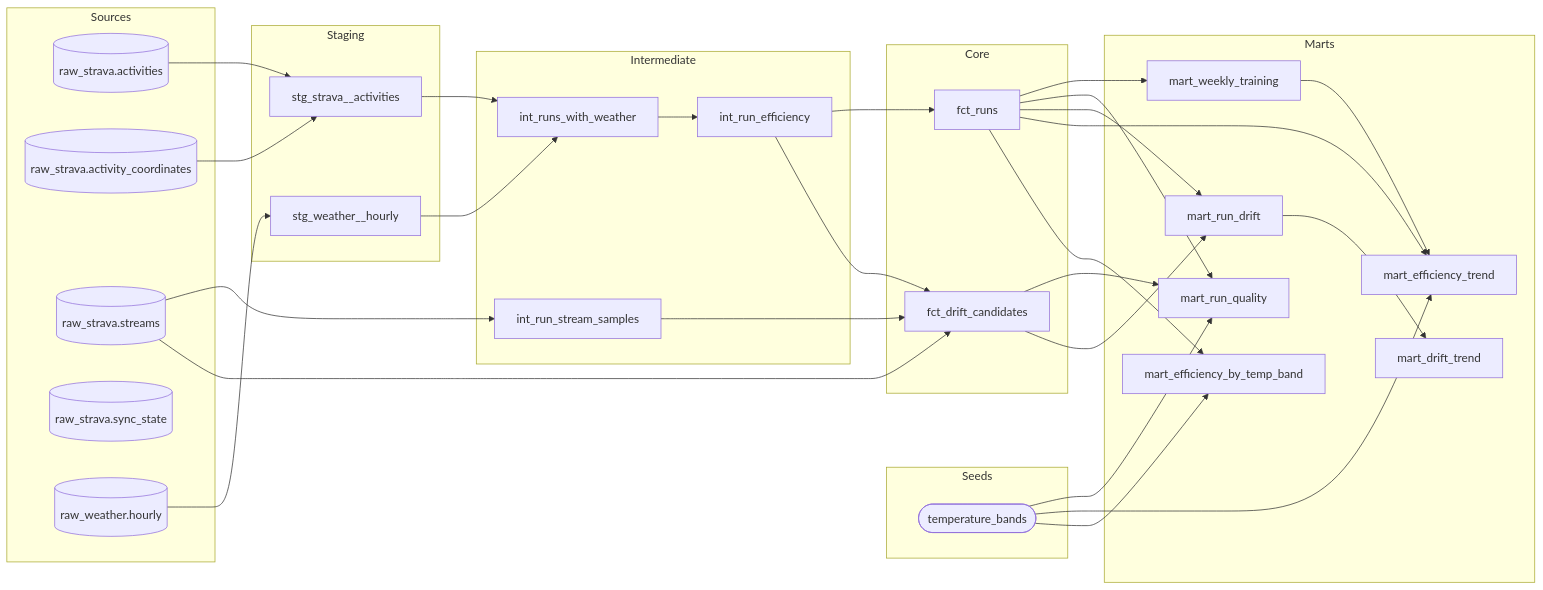
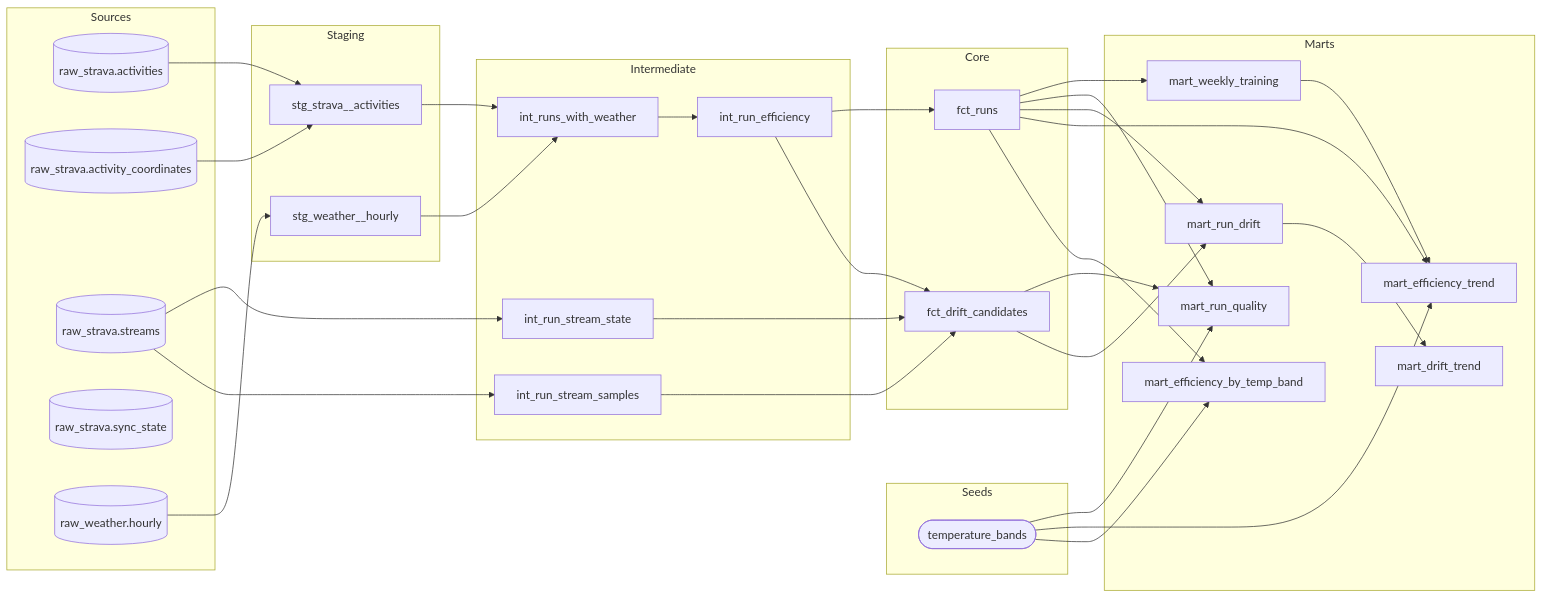
Before and after one commit to mowen18/running-analytics-pipeline: the diagram in README.md, drawn with Mermaid. The commit also changed 3 other files, not shown here.

First line of the commit message:
refactor(dbt): move the streams read into int_run_stream_state; guard green

````diff
--- a/README.md
+++ b/README.md
@@ -192,64 +192,66 @@
 ```mermaid
 flowchart LR
 
     subgraph sources["Sources"]
         source_running_analytics_raw_strava_activities[("raw_strava.activities")]
         source_running_analytics_raw_strava_activity_coordinates[("raw_strava.activity_coordinates")]
         source_running_analytics_raw_strava_streams[("raw_strava.streams")]
         source_running_analytics_raw_strava_sync_state[("raw_strava.sync_state")]
         source_running_analytics_raw_weather_hourly[("raw_weather.hourly")]
     end
 
     subgraph seeds["Seeds"]
         seed_running_analytics_temperature_bands(["temperature_bands"])
     end
 
     subgraph staging["Staging"]
         model_running_analytics_stg_strava__activities["stg_strava__activities"]
         model_running_analytics_stg_weather__hourly["stg_weather__hourly"]
     end
 
     subgraph intermediate["Intermediate"]
         model_running_analytics_int_run_efficiency["int_run_efficiency"]
         model_running_analytics_int_run_stream_samples["int_run_stream_samples"]
+        model_running_analytics_int_run_stream_state["int_run_stream_state"]
         model_running_analytics_int_runs_with_weather["int_runs_with_weather"]
     end
 
     subgraph core["Core"]
         model_running_analytics_fct_drift_candidates["fct_drift_candidates"]
         model_running_analytics_fct_runs["fct_runs"]
     end
 
     subgraph marts["Marts"]
         model_running_analytics_mart_drift_trend["mart_drift_trend"]
         model_running_analytics_mart_efficiency_by_temp_band["mart_efficiency_by_temp_band"]
         model_running_analytics_mart_efficiency_trend["mart_efficiency_trend"]
         model_running_analytics_mart_run_drift["mart_run_drift"]
         model_running_analytics_mart_run_quality["mart_run_quality"]
         model_running_analytics_mart_weekly_training["mart_weekly_training"]
     end
 
     model_running_analytics_fct_drift_candidates --> model_running_analytics_mart_run_drift
     model_running_analytics_fct_drift_candidates --> model_running_analytics_mart_run_quality
     model_running_analytics_fct_runs --> model_running_analytics_mart_efficiency_by_temp_band
     model_running_analytics_fct_runs --> model_running_analytics_mart_efficiency_trend
     model_running_analytics_fct_runs --> model_running_analytics_mart_run_drift
     model_running_analytics_fct_runs --> model_running_analytics_mart_run_quality
     model_running_analytics_fct_runs --> model_running_analytics_mart_weekly_training
     model_running_analytics_int_run_efficiency --> model_running_analytics_fct_drift_candidates
     model_running_analytics_int_run_efficiency --> model_running_analytics_fct_runs
     model_running_analytics_int_run_stream_samples --> model_running_analytics_fct_drift_candidates
+    model_running_analytics_int_run_stream_state --> model_running_analytics_fct_drift_candidates
     model_running_analytics_int_runs_with_weather --> model_running_analytics_int_run_efficiency
     model_running_analytics_mart_run_drift --> model_running_analytics_mart_drift_trend
     model_running_analytics_mart_weekly_training --> model_running_analytics_mart_efficiency_trend
     model_running_analytics_stg_strava__activities --> model_running_analytics_int_runs_with_weather
     model_running_analytics_stg_weather__hourly --> model_running_analytics_int_runs_with_weather
     seed_running_analytics_temperature_bands --> model_running_analytics_mart_efficiency_by_temp_band
     seed_running_analytics_temperature_bands --> model_running_analytics_mart_efficiency_trend
     seed_running_analytics_temperature_bands --> model_running_analytics_mart_run_quality
     source_running_analytics_raw_strava_activities --> model_running_analytics_stg_strava__activities
     source_running_analytics_raw_strava_activity_coordinates --> model_running_analytics_stg_strava__activities
-    source_running_analytics_raw_strava_streams --> model_running_analytics_fct_drift_candidates
     source_running_analytics_raw_strava_streams --> model_running_analytics_int_run_stream_samples
+    source_running_analytics_raw_strava_streams --> model_running_analytics_int_run_stream_state
     source_running_analytics_raw_weather_hourly --> model_running_analytics_stg_weather__hourly
 ```
````
